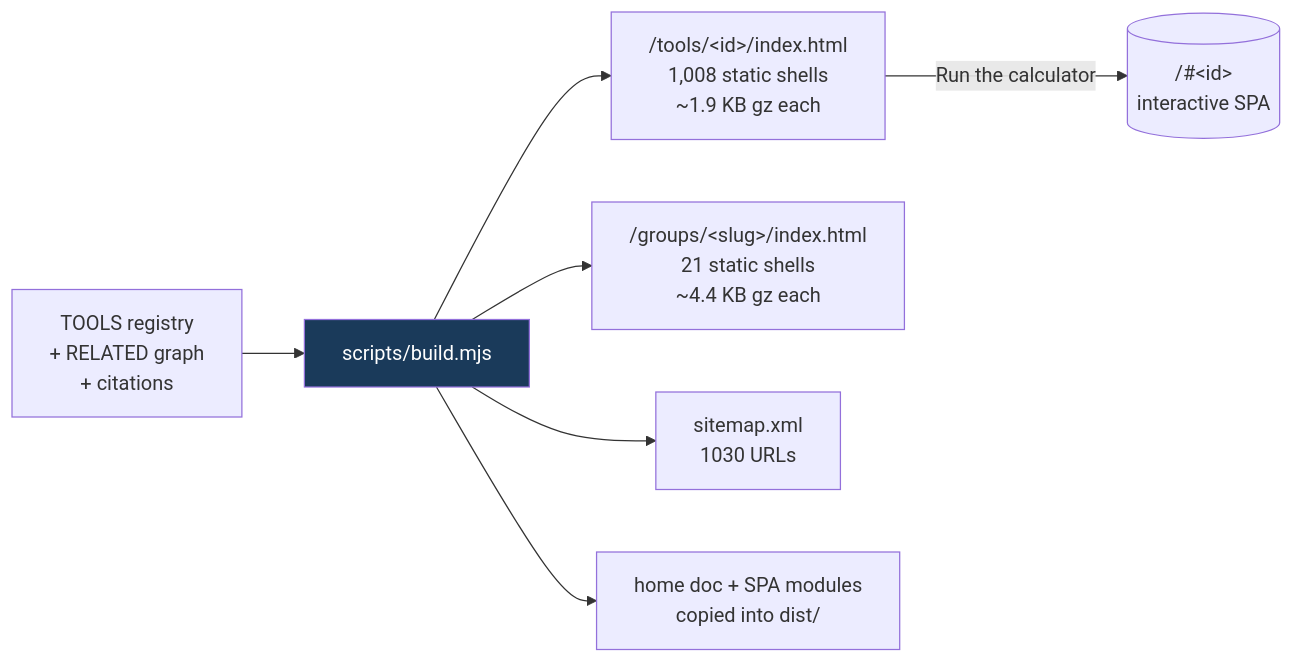
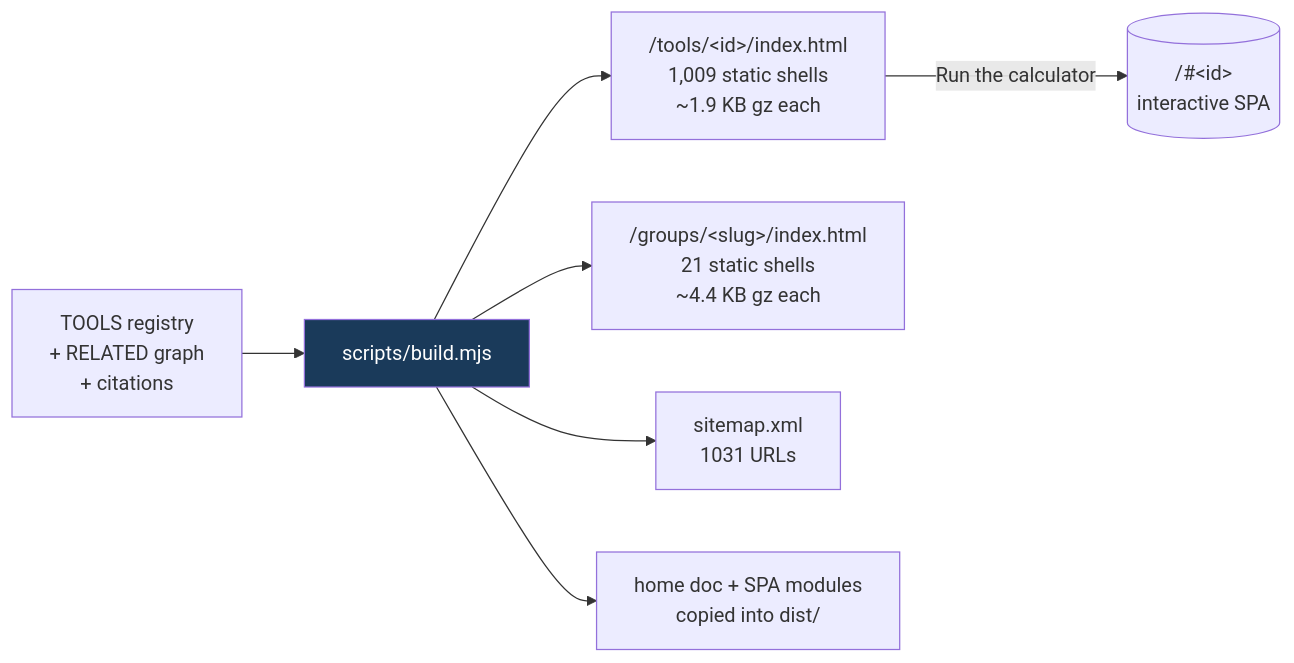
One commit to clay-good/roughlogic.com changed the fifth of 8 diagrams in README.md. Above: the diagram before and after it, drawn with Mermaid. The commit also changed other lines of this file and 12 other files, not shown here.

````diff
--- a/README.md
+++ b/README.md
@@ -495,10 +495,10 @@
 ```mermaid
 flowchart LR
     SRC[TOOLS registry\n+ RELATED graph\n+ citations] --> BUILD[scripts/build.mjs]
-    BUILD --> TILE["/tools/&lt;id&gt;/index.html\n1,008 static shells\n~1.9 KB gz each"]
+    BUILD --> TILE["/tools/&lt;id&gt;/index.html\n1,009 static shells\n~1.9 KB gz each"]
     BUILD --> GROUP["/groups/&lt;slug&gt;/index.html\n21 static shells\n~4.4 KB gz each"]
-    BUILD --> MAP["sitemap.xml\n1030 URLs"]
+    BUILD --> MAP["sitemap.xml\n1031 URLs"]
     BUILD --> COPY[home doc + SPA modules\ncopied into dist/]
     TILE -->|Run the calculator| SPA[("/#&lt;id&gt;\ninteractive SPA")]
     style BUILD fill:#1a3a5a,color:#fff
 ```
````
